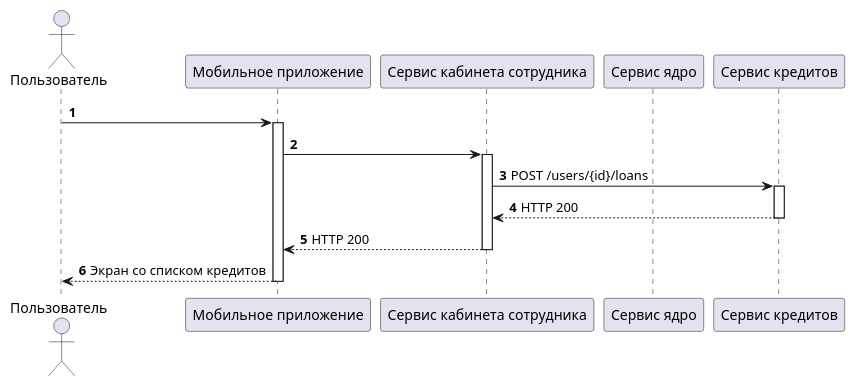
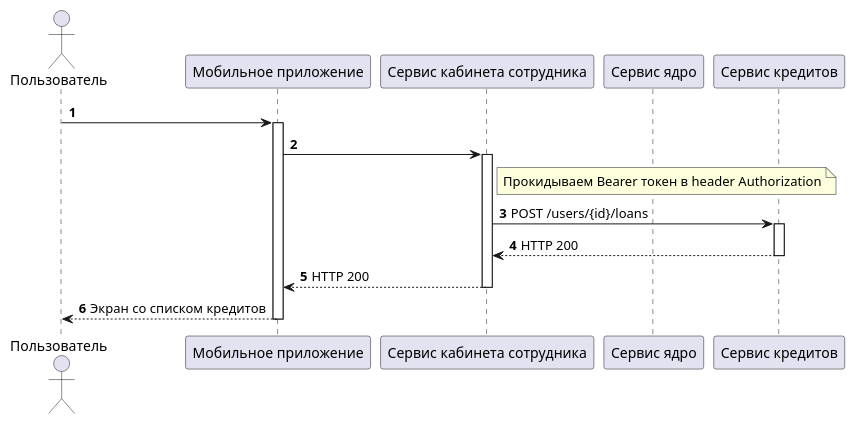
The diagram in diagrams/employer/Посмотреть список кредитов клиента.puml (AlekseyFeofilov/HubaBank), drawn with PlantUML before and after one commit. The commit also changed 13 other files, not shown here.

Commit message:
Исправление диаграмм

```diff
--- a/diagrams/employer/Посмотреть список кредитов клиента.puml
+++ b/diagrams/employer/Посмотреть список кредитов клиента.puml
@@ -1,24 +1,28 @@
 @startuml
 'https://plantuml.com/sequence-diagram
 
 autonumber
 
 actor "Пользователь" as User
 participant "Мобильное приложение" as MobileApp
 participant "Сервис кабинета сотрудника" as EmployerService
 participant "Сервис ядро" as CoreService
 participant "Сервис кредитов" as LoanService
 
 User -> MobileApp
 activate MobileApp
 
     MobileApp -> EmployerService
     activate EmployerService
 
+        note right EmployerService
+        Прокидываем Bearer токен в header Authorization
+        end note
+
         EmployerService -> LoanService: POST /users/{id}/loans
         activate LoanService
         return HTTP 200
     return HTTP 200
 return Экран со списком кредитов
 
 @enduml
```
